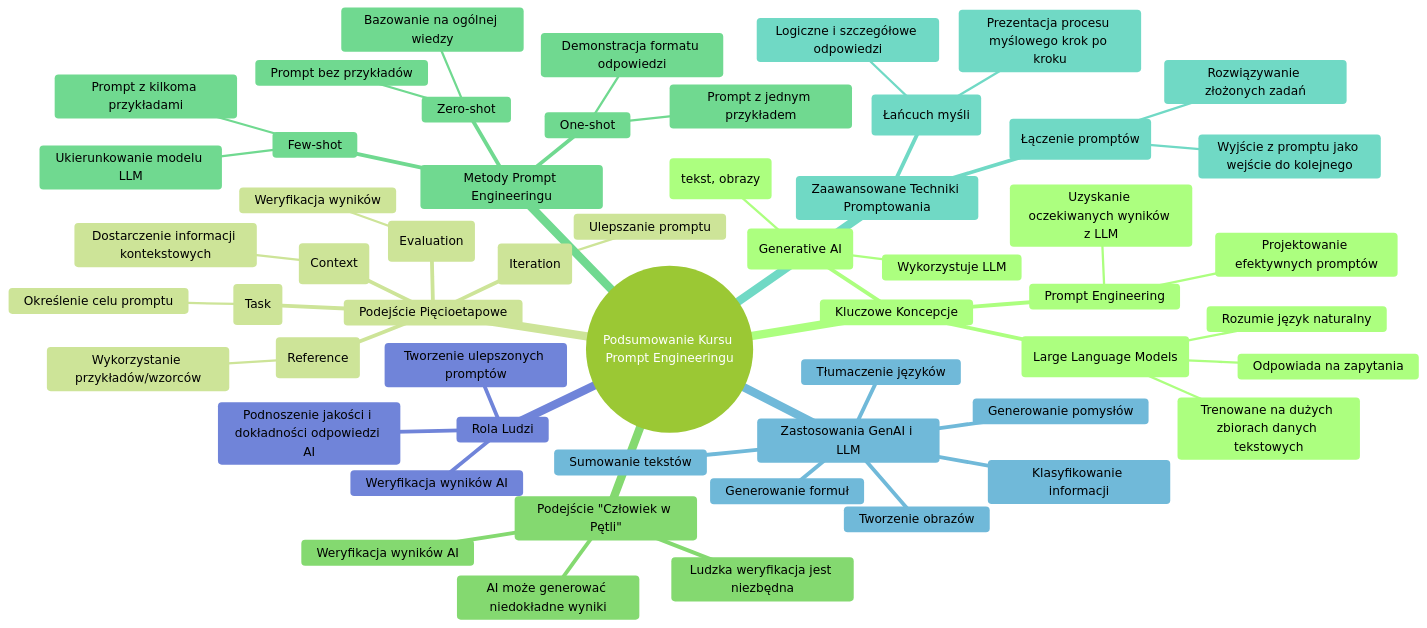
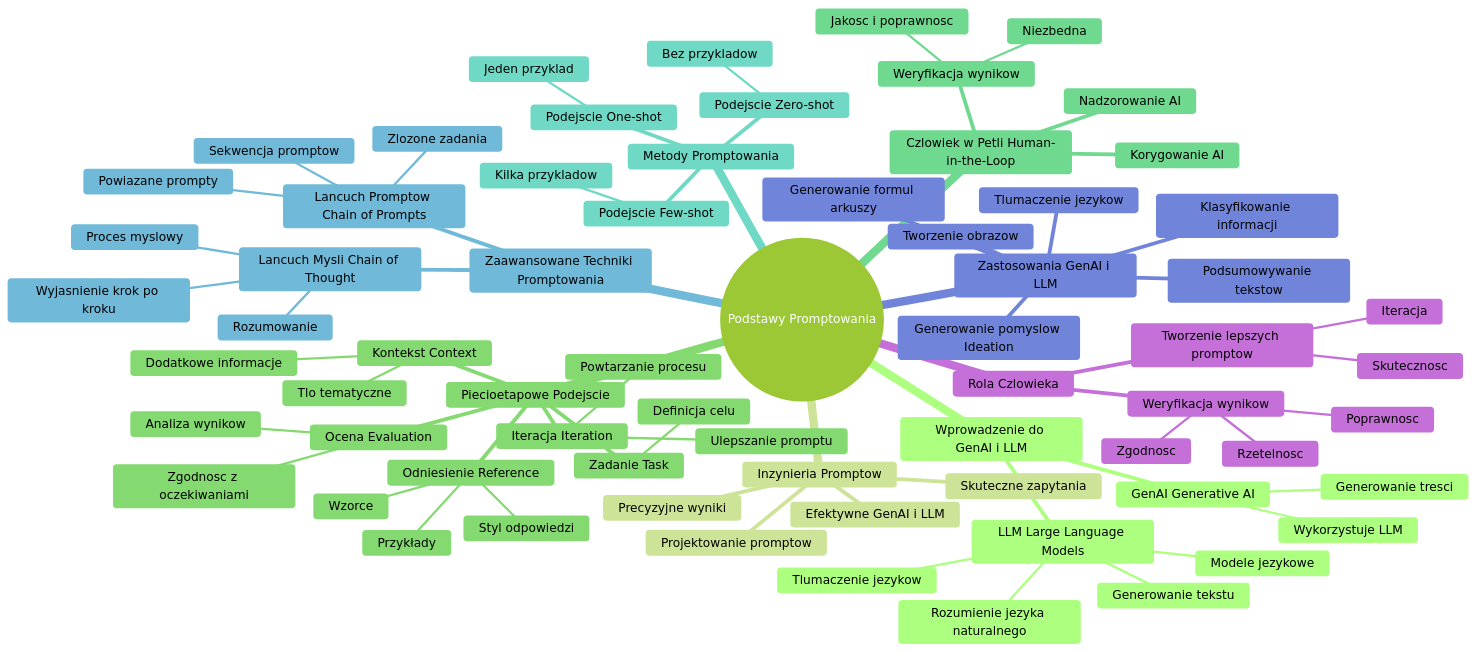
Before and after one commit to azdolinski/ai_docs: the diagram in ai_umiejetnosci_jutra/T1D1 - Materiały dodatkowe - 1. Podsumowanie.md, drawn with Mermaid (forest theme). The commit also changed other lines of this file, not shown here.

````diff
--- a/ai_umiejetnosci_jutra/T1D1 - Materiały dodatkowe - 1. Podsumowanie.md
+++ b/ai_umiejetnosci_jutra/T1D1 - Materiały dodatkowe - 1. Podsumowanie.md
@@ -5,58 +5,71 @@
 ```mermaid
 mindmap
-  root((Podsumowanie Kursu Prompt Engineeringu))
-    Kluczowe Koncepcje
-      GenAI (Generative AI)
-        Generuje treści (tekst, obrazy)
+  root((Podstawy Promptowania))
+    Wprowadzenie do GenAI i LLM
+      GenAI Generative AI
+        Generowanie tresci
         Wykorzystuje LLM
-      LLM (Large Language Models)
-        Trenowane na dużych zbiorach danych tekstowych
-        Rozumie język naturalny
-        Odpowiada na zapytania
-      Prompt Engineering
-        Projektowanie efektywnych promptów
-        Uzyskanie oczekiwanych wyników z LLM
-    Podejście Pięcioetapowe
-      Zadanie (Task)
-        Określenie celu promptu
-      Kontekst (Context)
-        Dostarczenie informacji kontekstowych
-      Odniesienie (Reference)
-        Wykorzystanie przykładów/wzorców
-      Ocena (Evaluation)
-        Weryfikacja wyników
-      Iteracja (Iteration)
+      LLM Large Language Models
+        Modele jezykowe
+        Rozumienie jezyka naturalnego
+        Generowanie tekstu
+        Tlumaczenie jezykow
+    Inzynieria Promptow
+      Projektowanie promptow
+      Skuteczne zapytania
+      Precyzyjne wyniki
+      Efektywne GenAI i LLM
+    Piecioetapowe Podejscie
+      Zadanie Task
+        Definicja celu
+      Kontekst Context
+        Dodatkowe informacje
+        Tlo tematyczne
+      Odniesienie Reference
+        Przykłady
+        Wzorce
+        Styl odpowiedzi
+      Ocena Evaluation
+        Analiza wynikow
+        Zgodnosc z oczekiwaniami
+      Iteracja Iteration
         Ulepszanie promptu
-    Podejście "Człowiek w Pętli"
-      Weryfikacja wyników AI
-      AI może generować niedokładne wyniki
-      Ludzka weryfikacja jest niezbędna
-    Metody Prompt Engineeringu
-      Zero-shot
-        Prompt bez przykładów
-        Bazowanie na ogólnej wiedzy
-      One-shot
-        Prompt z jednym przykładem
-        Demonstracja formatu odpowiedzi
-      Few-shot
-        Prompt z kilkoma przykładami
-        Ukierunkowanie modelu LLM
+        Powtarzanie procesu
+    Czlowiek w Petli Human-in-the-Loop
+      Weryfikacja wynikow
+        Niezbedna
+        Jakosc i poprawnosc
+      Nadzorowanie AI
+      Korygowanie AI
+    Metody Promptowania
+      Podejscie Zero-shot
+        Bez przykladow
+      Podejscie One-shot
+        Jeden przyklad
+      Podejscie Few-shot
+        Kilka przykladow
     Zaawansowane Techniki Promptowania
-      Prompt Chaining (Łączenie promptów)
-        Wyjście z promptu jako wejście do kolejnego
-        Rozwiązywanie złożonych zadań
-      Chain of Thought (Łańcuch myśli)
-        Prezentacja procesu myślowego krok po kroku
-        Logiczne i szczegółowe odpowiedzi
+      Lancuch Promptow Chain of Prompts
+        Sekwencja promptow
+        Zlozone zadania
+        Powiazane prompty
+      Lancuch Mysli Chain of Thought
+        Proces myslowy
+        Wyjasnienie krok po kroku
+        Rozumowanie
     Zastosowania GenAI i LLM
-      Sumowanie tekstów
-      Tłumaczenie języków
-      Generowanie pomysłów
-      Tworzenie obrazów
-      Generowanie formuł
+      Podsumowywanie tekstow
+      Tlumaczenie jezykow
+      Generowanie pomyslow Ideation
+      Tworzenie obrazow
+      Generowanie formul arkuszy
       Klasyfikowanie informacji
-    Rola Ludzi
-      Weryfikacja wyników AI
-      Tworzenie ulepszonych promptów
-      Podnoszenie jakości i dokładności odpowiedzi AI
+    Rola Czlowieka
+      Weryfikacja wynikow
+        Poprawnosc
+        Rzetelnosc
+        Zgodnosc
+      Tworzenie lepszych promptow
+        Iteracja
+        Skutecznosc
 ```
````
